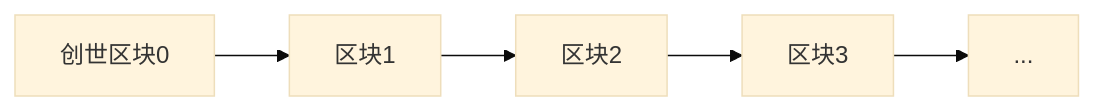
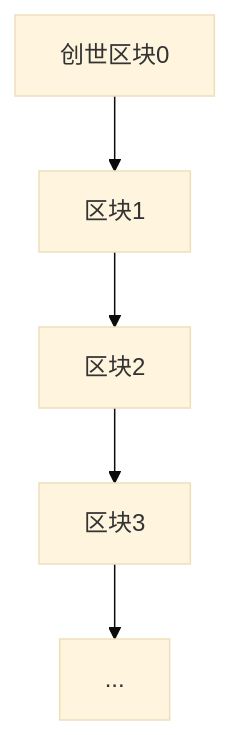
Before and after one commit to xiaomaolvmeimao/xiaomaolvmeimao.github.io: the first of 2 diagrams in _posts/2025-06-22-一文读懂Bitcoin：数字货币的革命性创新.md, drawn with Mermaid (base theme). The commit also changed other lines of this file, not shown here.

Commit message:
Update 2025-06-22-一文读懂Bitcoin：数字货币的革命性创新.md
mermaid flow

```diff
--- a/_posts/2025-06-22-一文读懂Bitcoin：数字货币的革命性创新.md
+++ b/_posts/2025-06-22-一文读懂Bitcoin：数字货币的革命性创新.md
@@ -104,7 +104,7 @@
  {% mermaid %}
-flowchart LR
+graph TD
     A[创世区块0] --> B[区块1]
     B --> C[区块2]
     C --> D[区块3]
     D --> E[...]
  {% endmermaid %}
```
